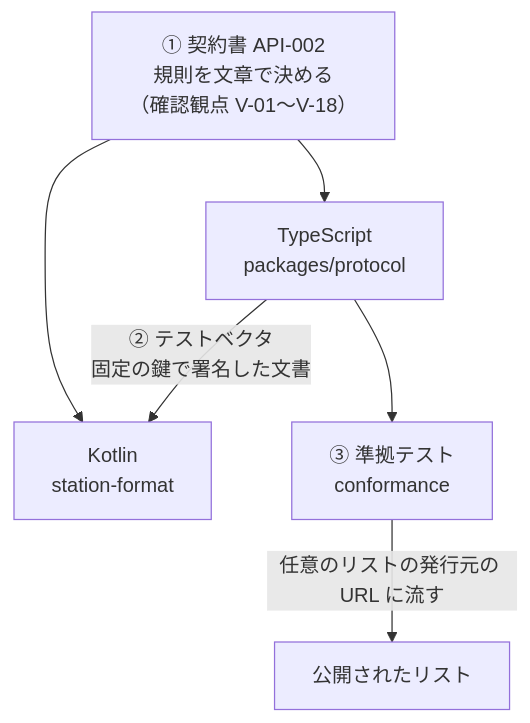
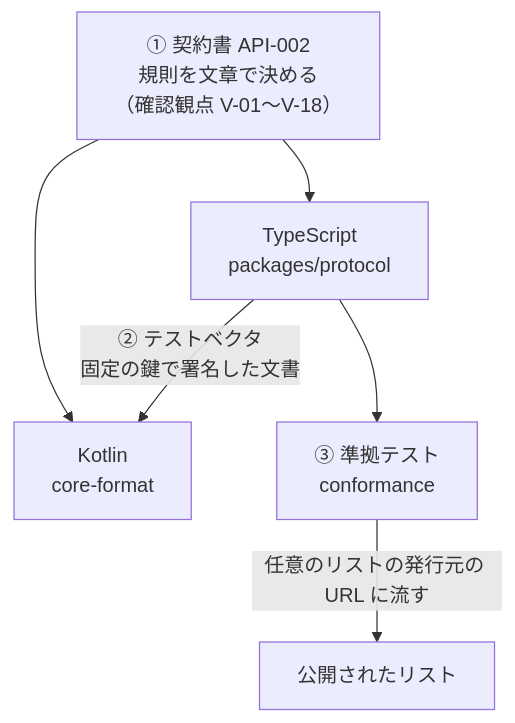
One commit to duwenji/yorisoi-tutorial changed the diagram in 06-trust/06-same-rules.md. Above: the diagram before and after it, drawn with Mermaid. The commit also changed other lines of this file and 18 other files, not shown here.

Commit message:
docs: 第 0・1・4・6〜9 部と技術カードの station-format の記述を、コアとプロンプト・パックに直す

````diff
--- a/06-trust/06-same-rules.md
+++ b/06-trust/06-same-rules.md
@@ -31,9 +31,9 @@
 ```mermaid
 flowchart TB
     C["① 契約書 API-002<br/>規則を文章で決める<br/>（確認観点 V-01〜V-18）"]
     C --> TS["TypeScript<br/>packages/protocol"]
-    C --> KT["Kotlin<br/>station-format"]
+    C --> KT["Kotlin<br/>core-format"]
     TS -->|"② テストベクタ<br/>固定の鍵で署名した文書"| KT
     TS --> CF["③ 準拠テスト<br/>conformance"]
     CF -->|任意のリストの発行元の URL に流す| ANY["公開されたリスト"]
 ```
````
